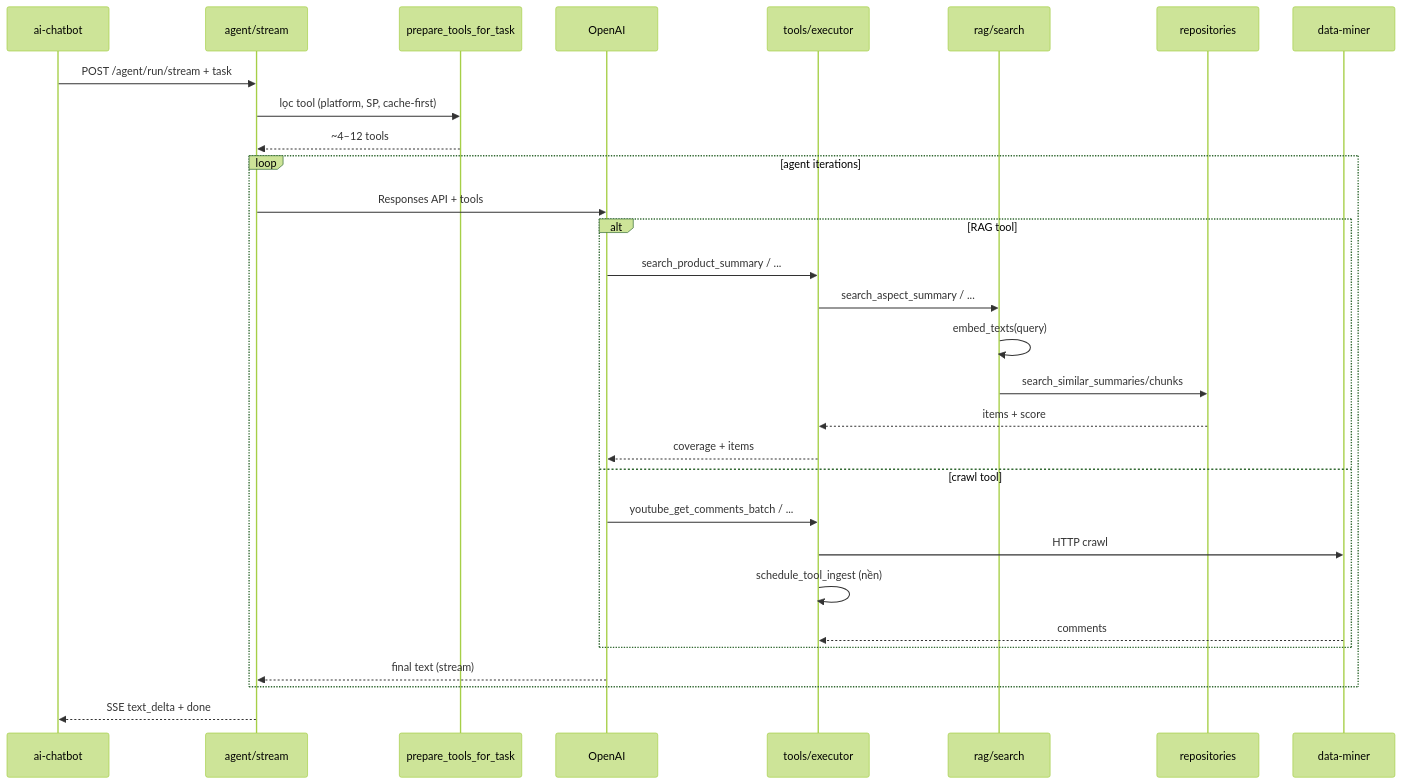
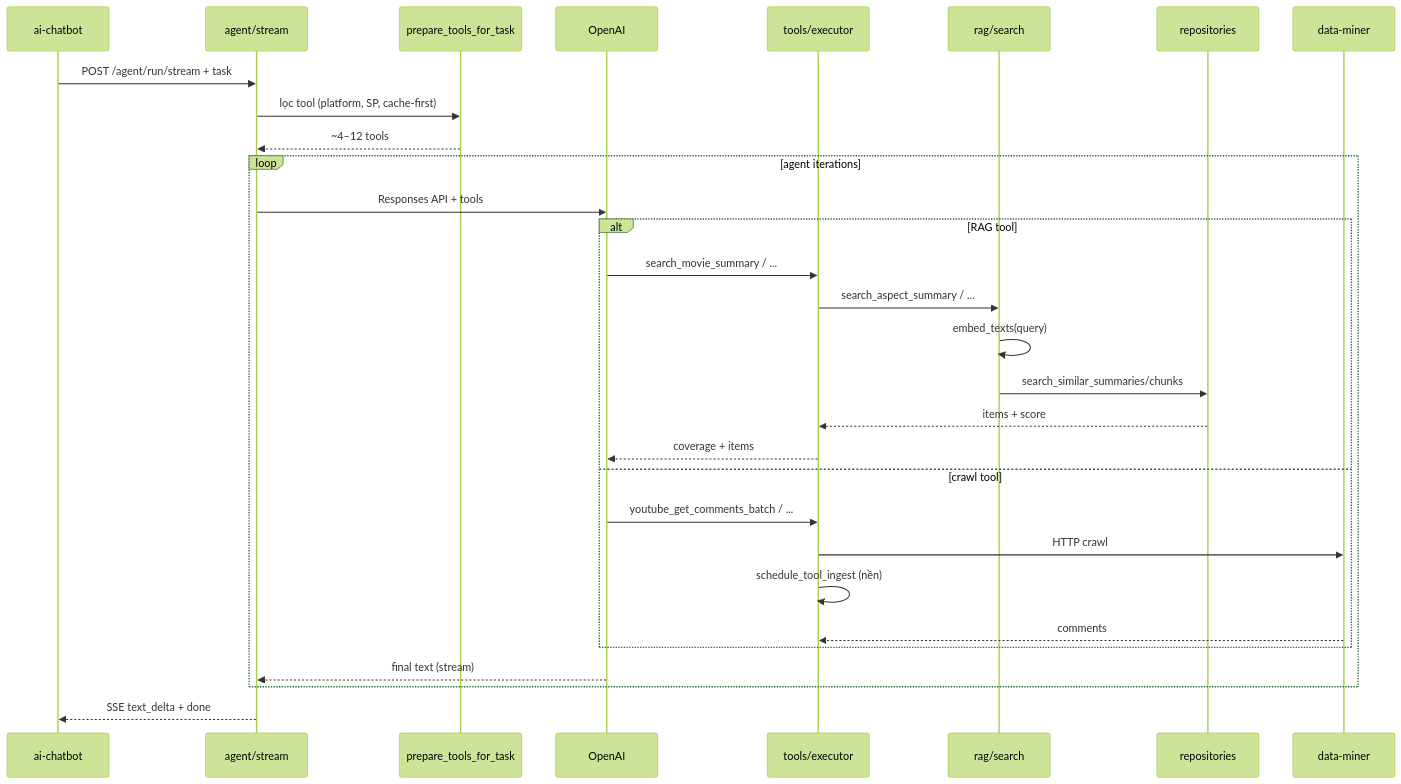
One commit to himmler0225/ai-layer changed the first of 2 diagrams in docs/RAG-GUIDE.md. Above: the diagram before and after it, drawn with Mermaid (forest theme). The commit also changed other lines of this file and 51 other files, not shown here.

````diff
--- a/docs/RAG-GUIDE.md
+++ b/docs/RAG-GUIDE.md
@@ -63,33 +88,33 @@
 ```mermaid
 sequenceDiagram
     participant UI as ai-chatbot
     participant API as agent/stream
     participant PT as prepare_tools_for_task
     participant OAI as OpenAI
     participant EX as tools/executor
     participant RAG as rag/search
     participant REPO as repositories
     participant DM as data-miner
 
     UI->>API: POST /agent/run/stream + task
     API->>PT: lọc tool (platform, SP, cache-first)
     PT-->>API: ~4–12 tools
     loop agent iterations
         API->>OAI: Responses API + tools
         alt RAG tool
-            OAI->>EX: search_product_summary / ...
+            OAI->>EX: search_movie_summary / ...
             EX->>RAG: search_aspect_summary / ...
             RAG->>RAG: embed_texts(query)
             RAG->>REPO: search_similar_summaries/chunks
             REPO-->>EX: items + score
             EX-->>OAI: coverage + items
         else crawl tool
             OAI->>EX: youtube_get_comments_batch / ...
             EX->>DM: HTTP crawl
             EX->>EX: schedule_tool_ingest (nền)
             DM-->>EX: comments
         end
         OAI-->>API: final text (stream)
     end
     API-->>UI: SSE text_delta + done
 ```
````
